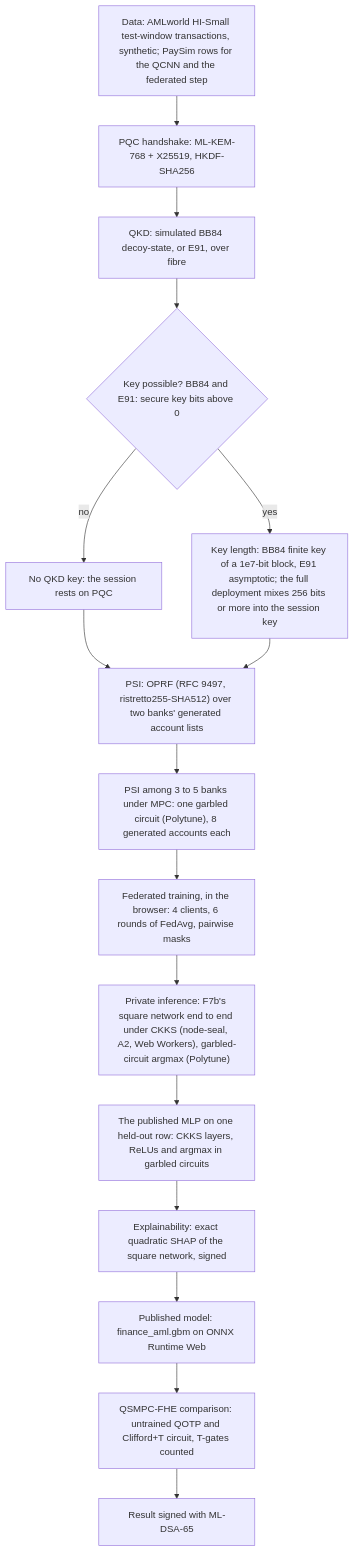
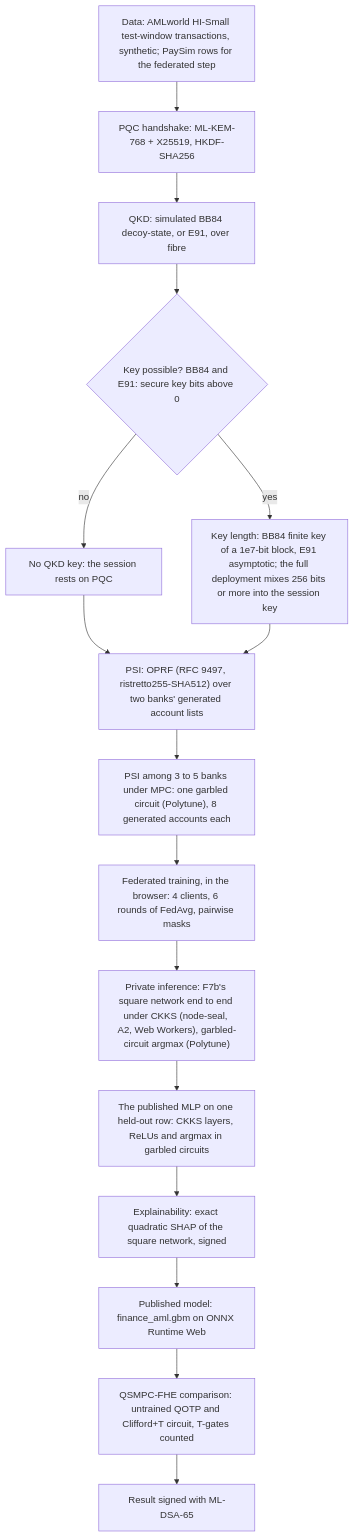
One commit to Quantum-Daemons/QSMPC-QKD-QHE-AI-Hybrid changed the third of 11 diagrams in README.md. Above: the diagram before and after it, drawn with Mermaid. The commit also changed 38 other files, not shown here.

````diff
--- a/README.md
+++ b/README.md
@@ -119,33 +119,33 @@
 ```mermaid
 flowchart TB
-  D["Data: AMLworld HI-Small test-window transactions, synthetic; PaySim rows for the QCNN and the federated step"]
+  D["Data: AMLworld HI-Small test-window transactions, synthetic; PaySim rows for the federated step"]
   H["PQC handshake: ML-KEM-768 + X25519, HKDF-SHA256"]
   K["QKD: simulated BB84 decoy-state, or E91, over fibre"]
   Q{"Key possible? BB84 and E91: secure key bits above 0"}
   N["No QKD key: the session rests on PQC"]
   L["Key length: BB84 finite key of a 1e7-bit block, E91 asymptotic; the full deployment mixes 256 bits or more into the session key"]
   P["PSI: OPRF (RFC 9497, ristretto255-SHA512) over two banks' generated account lists"]
   MP["PSI among 3 to 5 banks under MPC: one garbled circuit (Polytune), 8 generated accounts each"]
   FL["Federated training, in the browser: 4 clients, 6 rounds of FedAvg, pairwise masks"]
   I["Private inference: F7b's square network end to end under CKKS (node-seal, A2, Web Workers), garbled-circuit argmax (Polytune)"]
   MM["The published MLP on one held-out row: CKKS layers, ReLUs and argmax in garbled circuits"]
   X["Explainability: exact quadratic SHAP of the square network, signed"]
   M["Published model: finance_aml.gbm on ONNX Runtime Web"]
   C["QSMPC-FHE comparison: untrained QOTP and Clifford+T circuit, T-gates counted"]
   S["Result signed with ML-DSA-65"]
   D --> H
   H --> K
   K --> Q
   Q -->|no| N
   Q -->|yes| L
   N --> P
   L --> P
   P --> MP
   MP --> FL
   FL --> I
   I --> MM
   MM --> X
   X --> M
   M --> C
   C --> S
 ```
````
